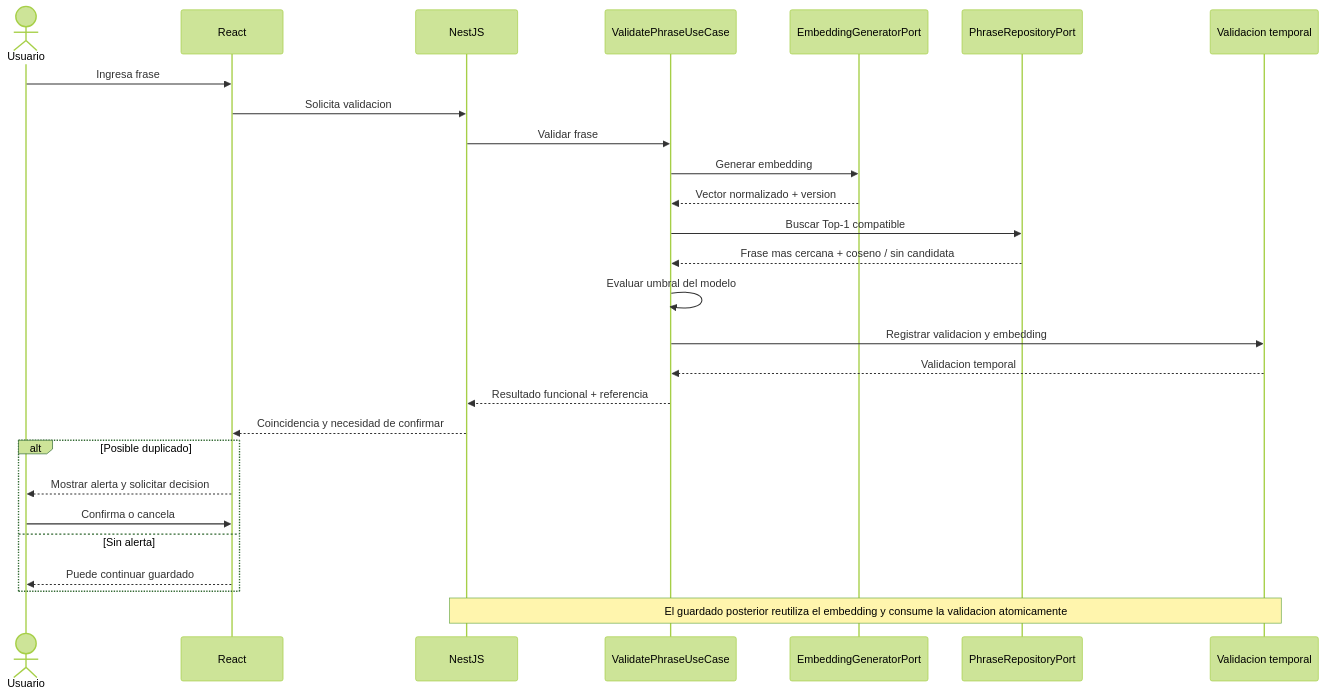
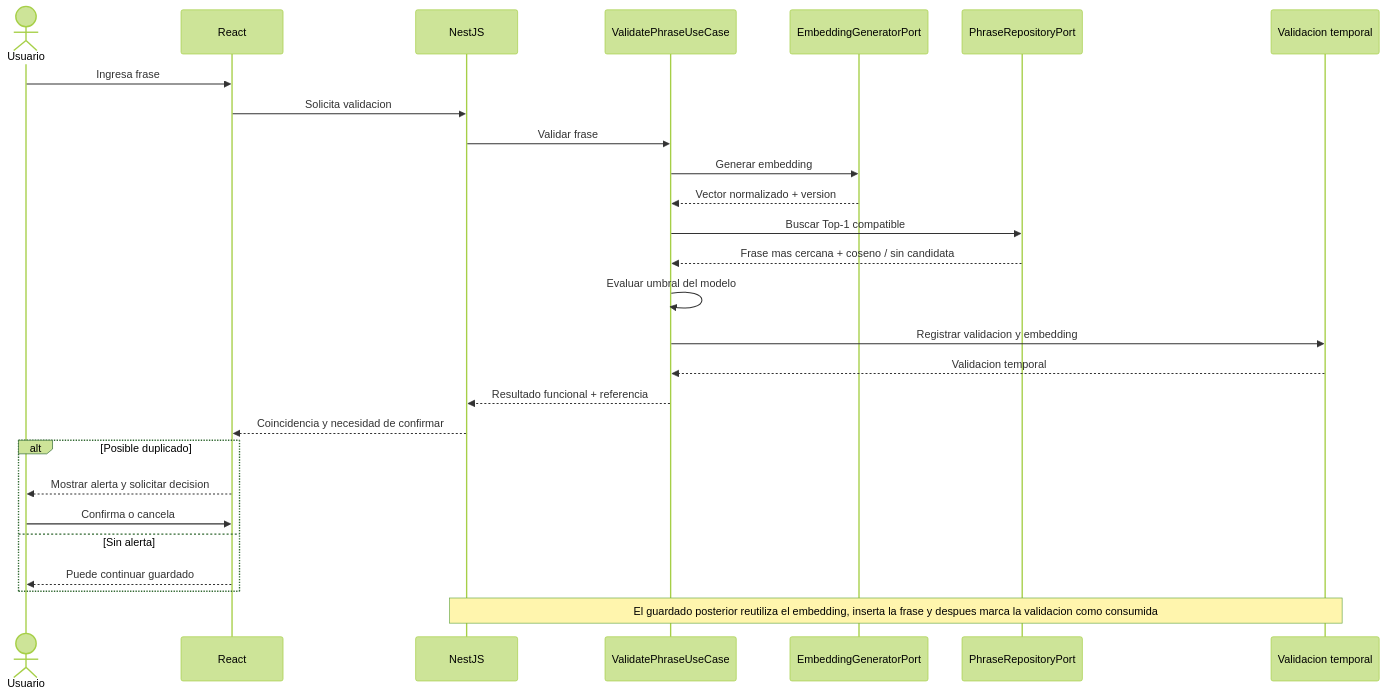
One commit to eduardoquispe/semantic-phrase-app changed the second of 3 diagrams in docs/03-architecture/04-ai-architecture.md. Above: the diagram before and after it, drawn with Mermaid (forest theme). The commit also changed other lines of this file and 13 other files, not shown here.

````diff
--- a/docs/03-architecture/04-ai-architecture.md
+++ b/docs/03-architecture/04-ai-architecture.md
@@ -243,29 +243,29 @@
 ```mermaid
 sequenceDiagram
     actor Usuario
     participant Web as React
     participant API as NestJS
     participant UC as ValidatePhraseUseCase
     participant IA as EmbeddingGeneratorPort
     participant Repo as PhraseRepositoryPort
     participant Val as Validacion temporal
     Usuario->>Web: Ingresa frase
     Web->>API: Solicita validacion
     API->>UC: Validar frase
     UC->>IA: Generar embedding
     IA-->>UC: Vector normalizado + version
     UC->>Repo: Buscar Top-1 compatible
     Repo-->>UC: Frase mas cercana + coseno / sin candidata
     UC->>UC: Evaluar umbral del modelo
     UC->>Val: Registrar validacion y embedding
     Val-->>UC: Validacion temporal
     UC-->>API: Resultado funcional + referencia
     API-->>Web: Coincidencia y necesidad de confirmar
     alt Posible duplicado
         Web-->>Usuario: Mostrar alerta y solicitar decision
         Usuario->>Web: Confirma o cancela
     else Sin alerta
         Web-->>Usuario: Puede continuar guardado
     end
-    Note over API,Val: El guardado posterior reutiliza el embedding y consume la validacion atomicamente
+    Note over API,Val: El guardado posterior reutiliza el embedding, inserta la frase y despues marca la validacion como consumida
 ```
````
